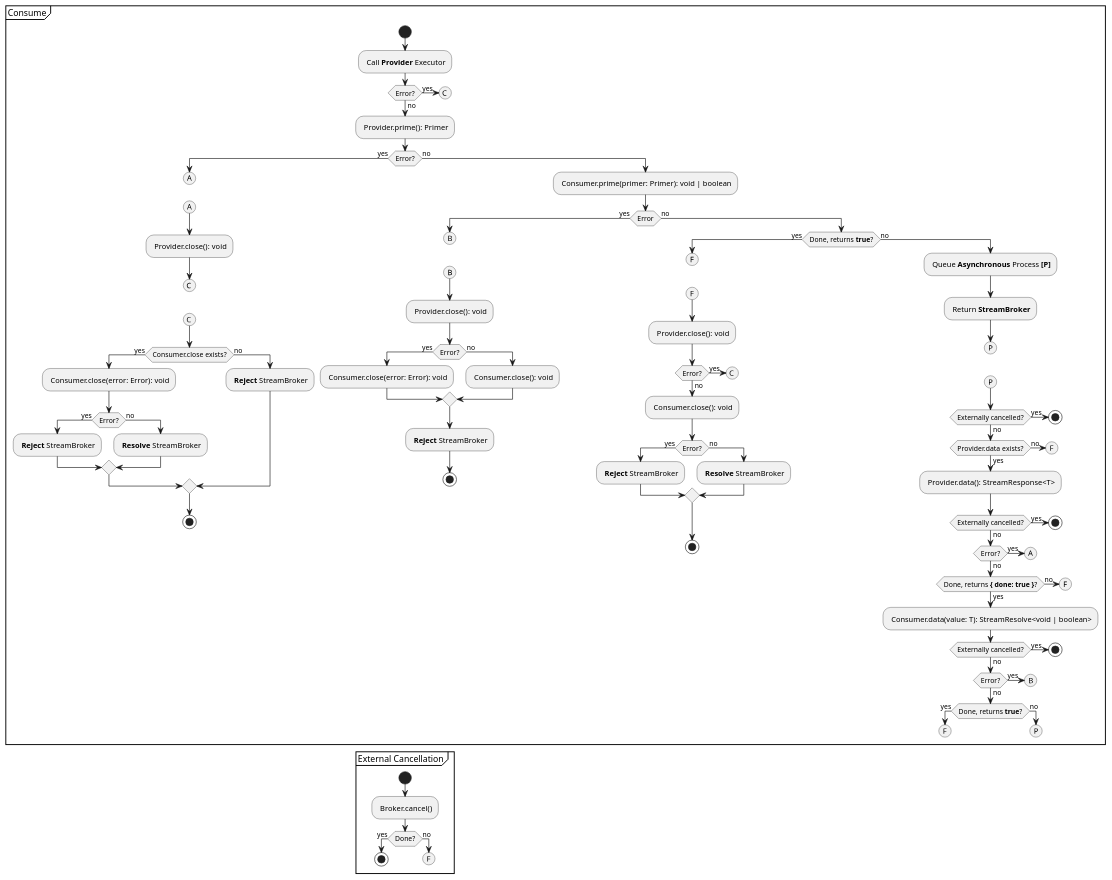
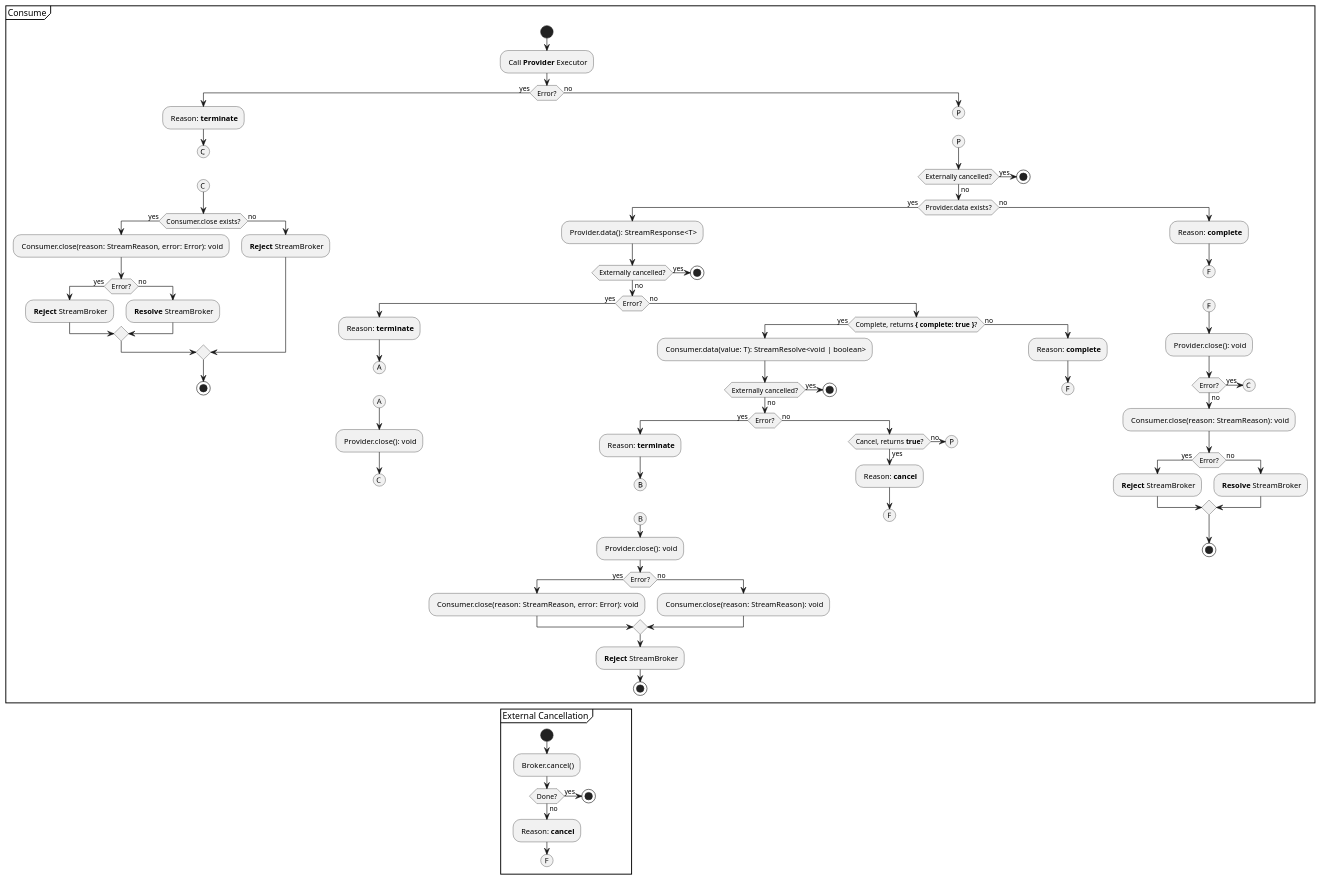
One commit to rafamel/rxjs-utils changed the diagram in assets/Consume.puml. Above: the diagram before and after it, drawn with PlantUML. The commit also changed 17 other files, not shown here.

Commit message:
improvement: removes prime/r and allows for sync/async flows

```diff
--- a/assets/Consume.puml
+++ b/assets/Consume.puml
@@ -1,135 +1,123 @@
 @startuml consume
 
 partition Consume {
   start
   : Call **Provider** Executor;
   if (Error?) then (yes)
+    : Reason: **terminate**;
     (C)
     detach
+    ' Capture
+    (C)
+    if (Consumer.close exists?) then (yes)
+      : Consumer.close(reason: StreamReason, error: Error): void;
+      if (Error?) then (yes)
+        : **Reject** StreamBroker;
+      else (no)
+        : **Resolve** StreamBroker;
+      endif
+    else (no)
+      : **Reject** StreamBroker;
+    endif
+    stop
+    ' / Capture
   else (no)
-    : Provider.prime(): Primer;
-    if (Error?) then (yes)
-      (A)
-      detach
-      ' Provider Termination
-      (A)
-      : Provider.close(): void;
-      (C)
-      detach
-      ' Capture
-      (C)
-      if (Consumer.close exists?) then (yes)
-        : Consumer.close(error: Error): void;
-        if (Error?) then (yes)
-          : **Reject** StreamBroker;
+    (P)
+    detach
+    ' Process
+    (P)
+    if (Externally cancelled?) then (yes)
+      stop
+    else (no)
+      if (Provider.data exists?) then (yes)
+        : Provider.data(): StreamResponse<T>;
+        if (Externally cancelled?) then (yes)
+          stop
         else (no)
-          : **Resolve** StreamBroker;
-        endif
-      else (no)
-        : **Reject** StreamBroker;
-      endif
-      stop
-      ' / Capture
-      ' / Provider Termination
-    else (no)
-      : Consumer.prime(primer: Primer): void | boolean;
-      if (Error) then (yes)
-        (B)
-        detach
-        ' Consumer Termination
-        (B)
-        : Provider.close(): void;
-        if (Error?) then (yes)
-          : Consumer.close(error: Error): void;
-        else (no)
-          : Consumer.close(): void;
-        endif
-        : **Reject** StreamBroker;
-        stop
-        ' / Consumer Termination
-      else (no)
-        if (Done, returns **true**?) then (yes)
-          (F)
-          detach
-          ' Finalization
-          (F)
-          : Provider.close(): void;
           if (Error?) then (yes)
+            : Reason: **terminate**;
+            (A)
+            detach
+            ' Provider Termination
+            (A)
+            : Provider.close(): void;
             (C)
+            detach
+            ' / Provider Termination
           else (no)
-            : Consumer.close(): void;
-            if (Error?) then (yes)
-              : **Reject** StreamBroker;
-            else (no)
-              : **Resolve** StreamBroker;
-            endif
-          endif
-          stop
-          ' / Finalization
-        else (no)
-          : Queue **Asynchronous** Process **[P]**;
-          : Return **StreamBroker**;
-          (P)
-          detach
-          ' Process
-          (P)
-          if (Externally cancelled?) then (yes)
-            stop
-          else (no)
-            if (Provider.data exists?) then (yes)
-              : Provider.data(): StreamResponse<T>;
+            if (Complete, returns **{ complete: true }**?) then (yes)
+              : Consumer.data(value: T): StreamResolve<void | boolean>;
               if (Externally cancelled?) then (yes)
                 stop
               else (no)
                 if (Error?) then (yes)
-                  (A)
+                  : Reason: **terminate**;
+                  (B)
                   detach
+                  ' Consumer Termination
+                  (B)
+                  : Provider.close(): void;
+                  if (Error?) then (yes)
+                    : Consumer.close(reason: StreamReason, error: Error): void;
+                  else (no)
+                    : Consumer.close(reason: StreamReason): void;
+                  endif
+                  : **Reject** StreamBroker;
+                  stop
+                  ' / Consumer Termination
                 else (no)
-                  if (Done, returns **{ done: true }**?) then (yes)
-                    : Consumer.data(value: T): StreamResolve<void | boolean>;
-                    if (Externally cancelled?) then (yes)
-                      stop
-                    else (no)
-                      if (Error?) then (yes)
-                        (B)
-                        detach
-                      else (no)
-                        if (Done, returns **true**?) then (yes)
-                          (F)
-                          detach
-                        else (no)
-                          (P)
-                          detach
-                        endif
-                      endif
-                    endif
+                  if (Cancel, returns **true**?) then (yes)
+                    : Reason: **cancel**;
+                    (F)
+                    detach
                   else (no)
-                    (F)
+                    (P)
                     detach
                   endif
                 endif
               endif
             else (no)
+              : Reason: **complete**;
               (F)
               detach
             endif
           endif
-          ' / Process
         endif
+      else (no)
+        : Reason: **complete**;
+        (F)
+        detach
+        ' Finalization
+        (F)
+        : Provider.close(): void;
+        if (Error?) then (yes)
+          (C)
+        else (no)
+          : Consumer.close(reason: StreamReason): void;
+          if (Error?) then (yes)
+            : **Reject** StreamBroker;
+          else (no)
+            : **Resolve** StreamBroker;
+          endif
+        endif
+        stop
+        ' / Finalization
       endif
     endif
+    ' / Process
   endif
 }
 
 partition "External Cancellation" {
   start
   : Broker.cancel();
   if (Done?) then (yes)
     stop
   else (no)
+    : Reason: **cancel**;
     (F)
     detach
   endif
 }
 
 @enduml
```
